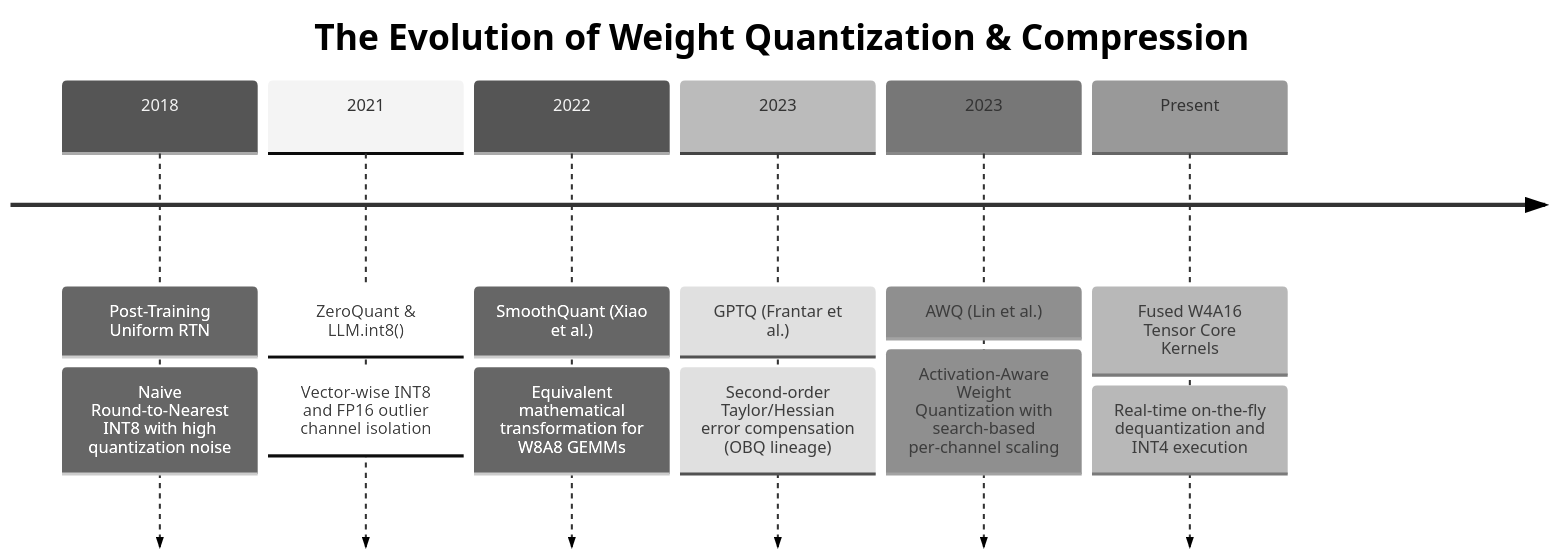
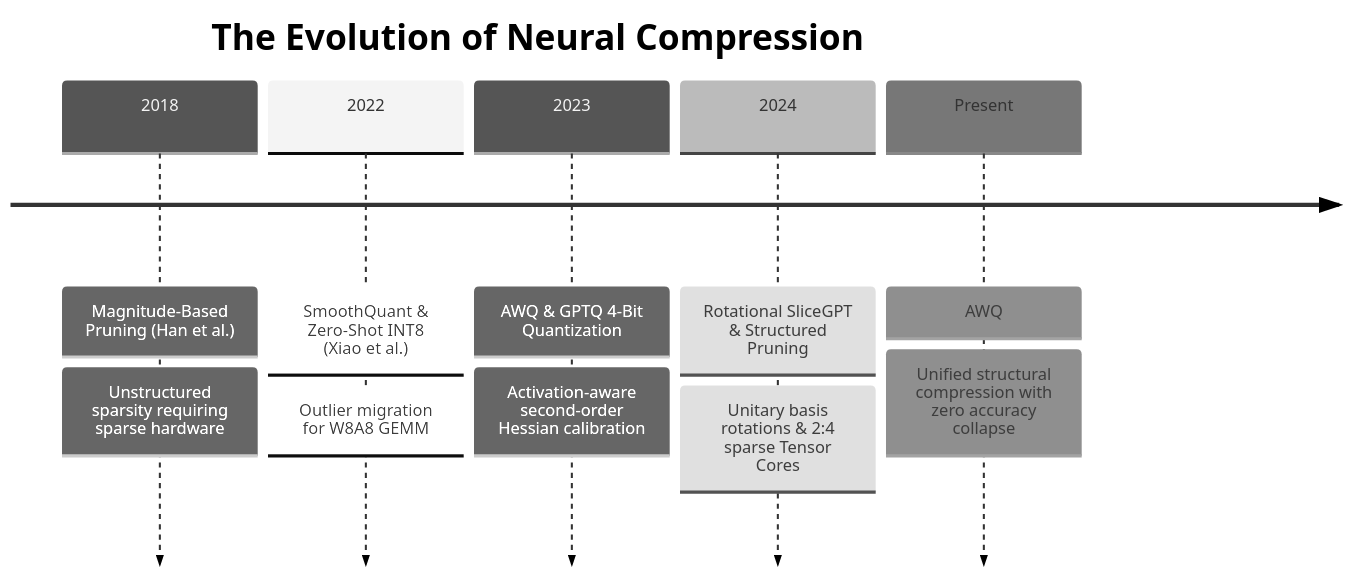
One commit to tahamajs/NeuralOps changed the first of 2 diagrams in Docs/content/compressions_blog/awq_blog.md. Above: the diagram before and after it, drawn with Mermaid (neutral theme). The commit also changed other lines of this file and 193 other files, not shown here.

````diff
--- a/Docs/content/compressions_blog/awq_blog.md
+++ b/Docs/content/compressions_blog/awq_blog.md
@@ -56,10 +56,9 @@
 ```mermaid
 timeline
-    title The Evolution of Weight Quantization & Compression
-    2018 : Post-Training Uniform RTN : Naive Round-to-Nearest INT8 with high quantization noise
-    2021 : ZeroQuant & LLM.int8() : Vector-wise INT8 and FP16 outlier channel isolation
-    2022 : SmoothQuant (Xiao et al.) : Equivalent mathematical transformation for W8A8 GEMMs
-    2023 : GPTQ (Frantar et al.) : Second-order Taylor/Hessian error compensation (OBQ lineage)
-    2023 : AWQ (Lin et al.) : Activation-Aware Weight Quantization with search-based per-channel scaling
-    Present : Fused W4A16 Tensor Core Kernels : Real-time on-the-fly dequantization and INT4 execution
+    title The Evolution of Neural Compression
+    2018 : Magnitude-Based Pruning (Han et al.) : Unstructured sparsity requiring sparse hardware
+    2022 : SmoothQuant & Zero-Shot INT8 (Xiao et al.) : Outlier migration for W8A8 GEMM
+    2023 : AWQ & GPTQ 4-Bit Quantization : Activation-aware second-order Hessian calibration
+    2024 : Rotational SliceGPT & Structured Pruning : Unitary basis rotations & 2:4 sparse Tensor Cores
+    Present : AWQ : Unified structural compression with zero accuracy collapse
 ```
````
